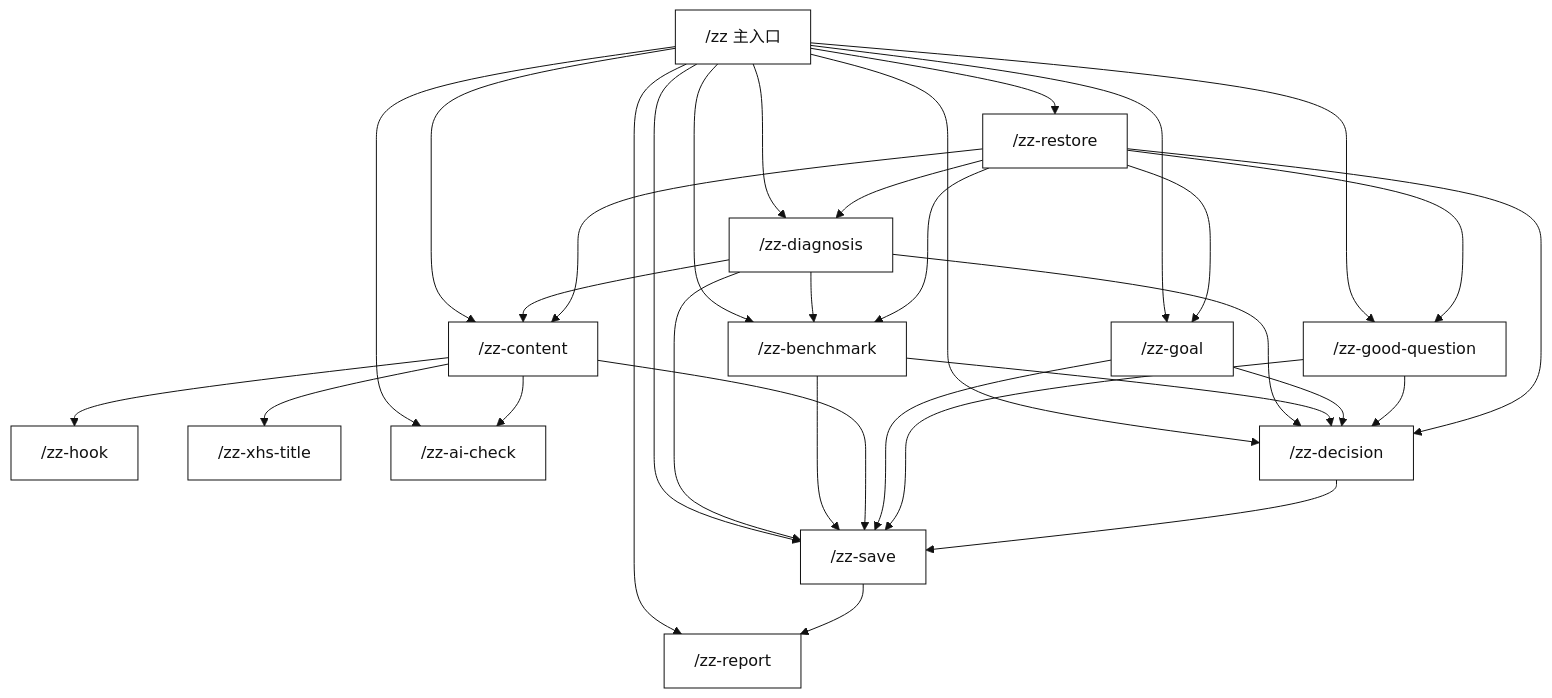
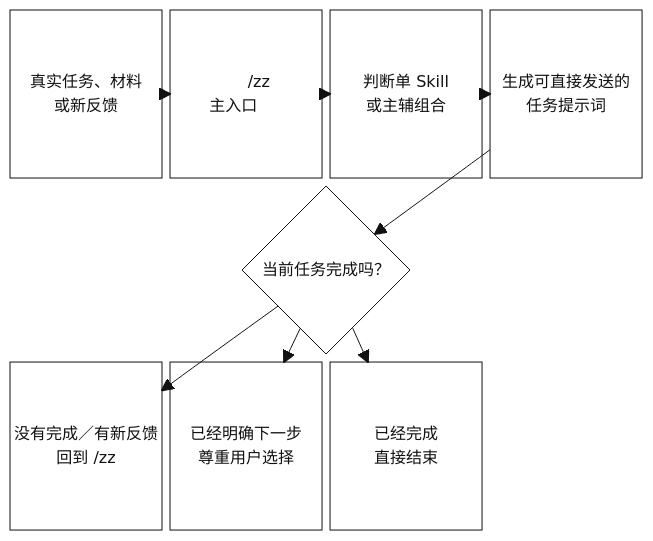
One commit to zhouliu83-hue/my-ai-os changed the diagram in zzskill/docs/skill-link-map.mmd. Above: the diagram before and after it, drawn with Mermaid. The commit also changed 130 other files, not shown here.

```diff
--- a/zzskill/docs/skill-link-map.mmd
+++ b/zzskill/docs/skill-link-map.mmd
@@ -1,80 +1,53 @@
 %%{init: {
   "theme": "base",
   "themeVariables": {
     "background": "#ffffff",
     "primaryColor": "#ffffff",
     "primaryTextColor": "#111111",
     "primaryBorderColor": "#111111",
     "lineColor": "#111111",
     "secondaryColor": "#ffffff",
     "secondaryTextColor": "#111111",
     "secondaryBorderColor": "#111111",
     "tertiaryColor": "#ffffff",
     "tertiaryTextColor": "#111111",
     "tertiaryBorderColor": "#111111",
     "clusterBkg": "#ffffff",
     "clusterBorder": "#111111",
     "defaultLinkColor": "#111111",
     "fontFamily": "Helvetica, Arial, PingFang SC, Microsoft YaHei, sans-serif"
   },
   "flowchart": {
     "htmlLabels": true,
-    "curve": "basis"
+    "curve": "basis",
+    "nodeSpacing": 32,
+    "rankSpacing": 48
   }
 }}%%
 
-flowchart TD
-    A["/zz 主入口"]
+%% 本文件保留编排逻辑草图；README 中的正式 4:3 图示为手工维护的 skill-link-map-4x3.svg。
 
-    B["/zz-diagnosis"]
-    C["/zz-benchmark"]
-    D["/zz-content"]
-    E["/zz-hook"]
-    F["/zz-xhs-title"]
-    G["/zz-ai-check"]
-    H["/zz-goal"]
-    I["/zz-good-question"]
-    J["/zz-decision"]
-    K["/zz-save"]
-    L["/zz-restore"]
-    M["/zz-report"]
+block-beta
+    columns 4
+
+    A["真实任务、材料<br/>或新反馈"]
+    B["&nbsp;&nbsp;&nbsp;&nbsp;&nbsp;/zz<br/>主入口&nbsp;&nbsp;&nbsp;&nbsp;&nbsp;"]
+    C["判断单 Skill<br/>或主辅组合"]
+    D["生成可直接发送的<br/>任务提示词"]
+
+    space
+    E{"当前任务完成吗？"}:2
+    space
+
+    F["没有完成／有新反馈<br/>回到 /zz"]
+    G["已经明确下一步<br/>尊重用户选择"]
+    H["已经完成<br/>直接结束"]
+    space
 
     A --> B
-    A --> C
-    A --> D
-    A --> G
-    A --> H
-    A --> I
-    A --> J
-    A --> K
-    A --> L
-    A --> M
-
     B --> C
-    B --> D
-    B --> J
-
-    C --> J
-
+    C --> D
     D --> E
-    D --> F
-    D --> G
-
-    H --> J
-    I --> J
-
-    B --> K
-    C --> K
-    D --> K
-    H --> K
-    I --> K
-    J --> K
-
-    K --> M
-
-    L --> B
-    L --> C
-    L --> D
-    L --> H
-    L --> I
-    L --> J
+    E --> F
+    E --> G
+    E --> H
```
